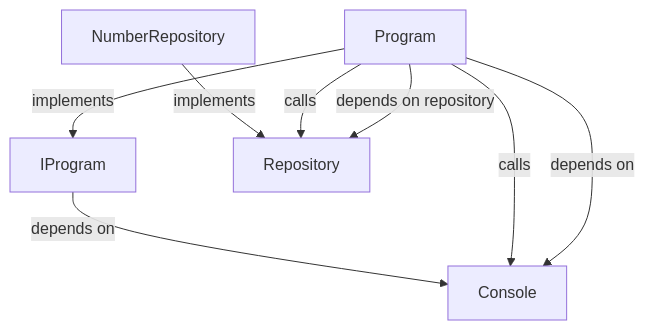
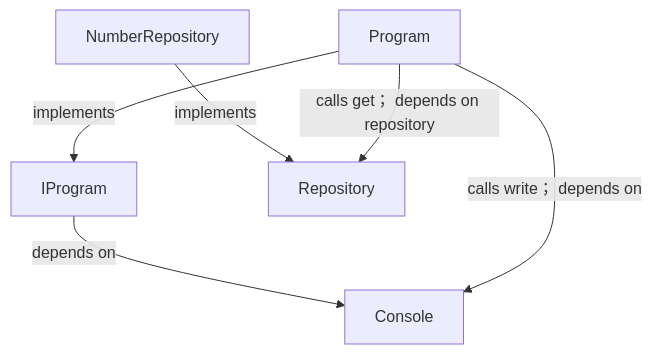
The first of 2 diagrams in docs/examples/generic-di/types-diagrams.md (GreenPandaStudios/augscript), drawn with Mermaid before and after one commit. The commit also changed other lines of this file and 304 other files, not shown here.

Commit message:
Make generated data-flow sequences concise and review every diagram

````diff
--- a/docs/examples/generic-di/types-diagrams.md
+++ b/docs/examples/generic-di/types-diagrams.md
@@ -19,15 +19,13 @@
 ```mermaid
 flowchart TD
     n0["Console"]
     n1["IProgram"]
     n2["NumberRepository"]
     n3["Program"]
     n4["Repository"]
     n1 -->|"depends on"| n0
     n2 -->|"implements"| n4
-    n3 -->|"calls"| n0
-    n3 -->|"depends on"| n0
+    n3 -->|"calls write； depends on"| n0
     n3 -->|"implements"| n1
-    n3 -->|"calls"| n4
-    n3 -->|"depends on repository"| n4
+    n3 -->|"calls get； depends on repository"| n4
 ```
````
